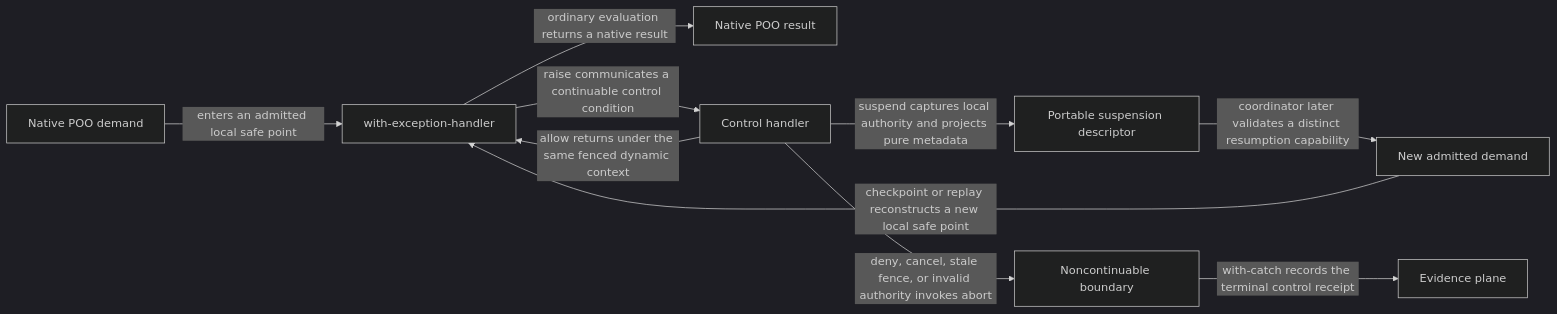
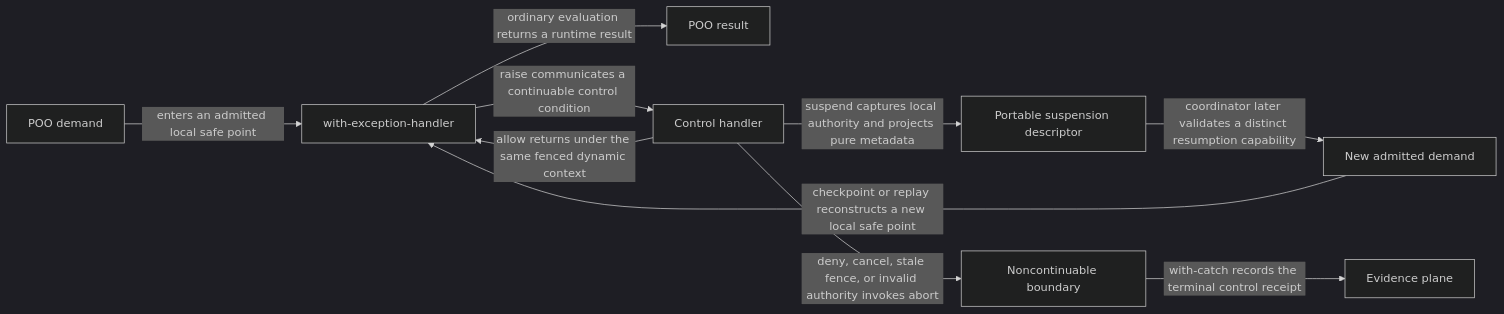
One commit to tao3k/gebril-yuanxu changed the first of 2 diagrams in module-system/design/45-88-gerbil-gambit-continuation-and-condition-runtime-correspondence.org. Above: the diagram before and after it, drawn with Mermaid (dark theme). The commit also changed other lines of this file and 1469 other files, not shown here.

```diff
--- a/module-system/design/45-88-gerbil-gambit-continuation-and-condition-runtime-correspondence.org
+++ b/module-system/design/45-88-gerbil-gambit-continuation-and-condition-runtime-correspondence.org
@@ -215,12 +215,12 @@
 #+begin_src mermaid
 flowchart LR
-  D["Native POO demand"] -->|"enters an admitted local safe point"| H["with-exception-handler"]
-  H -->|"ordinary evaluation returns a native result"| R["Native POO result"]
+  D["POO demand"] -->|"enters an admitted local safe point"| H["with-exception-handler"]
+  H -->|"ordinary evaluation returns a runtime result"| R["POO result"]
   H -->|"raise communicates a continuable control condition"| C["Control handler"]
   C -->|"allow returns under the same fenced dynamic context"| H
   C -->|"suspend captures local authority and projects pure metadata"| P["Portable suspension descriptor"]
   C -->|"deny, cancel, stale fence, or invalid authority invokes abort"| B["Noncontinuable boundary"]
   B -->|"with-catch records the terminal control receipt"| E["Evidence plane"]
   P -->|"coordinator later validates a distinct resumption capability"| N["New admitted demand"]
   N -->|"checkpoint or replay reconstructs a new local safe point"| H
 #+end_src
```
